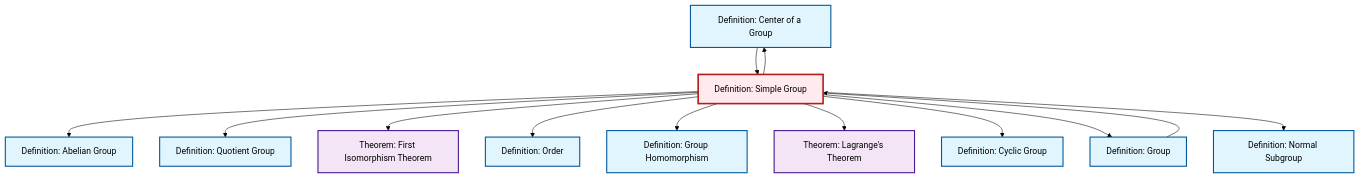
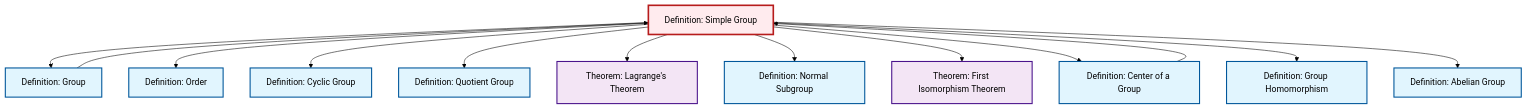
The diagram in content/en/algebra/def-simple-group.qmd (RK0429/ModernMath), drawn with Mermaid (forest theme) before and after one commit. The commit also changed other lines of this file and 1012 other files, not shown here.

````diff
--- a/content/en/algebra/def-simple-group.qmd
+++ b/content/en/algebra/def-simple-group.qmd
@@ -97,43 +97,43 @@
 ```{mermaid}
 %%| fig-cap: "Local dependency graph"
 graph TD
     classDef definition fill:#e1f5fe,stroke:#01579b,stroke-width:2px
     classDef theorem fill:#f3e5f5,stroke:#4a148c,stroke-width:2px
     classDef axiom fill:#fff3e0,stroke:#e65100,stroke-width:2px
     classDef example fill:#e8f5e9,stroke:#1b5e20,stroke-width:2px
     classDef current fill:#ffebee,stroke:#b71c1c,stroke-width:3px
+    def-simple-group["Definition: Simple Group"]:::definition
+    def-cyclic-group["Definition: Cyclic Group"]:::definition
+    def-order["Definition: Order"]:::definition
     thm-lagrange["Theorem: Lagrange's Theorem"]:::theorem
-    def-cyclic-group["Definition: Cyclic Group"]:::definition
+    def-abelian-group["Definition: Abelian Group"]:::definition
     def-normal-subgroup["Definition: Normal Subgroup"]:::definition
-    def-order["Definition: Order"]:::definition
-    thm-first-isomorphism["Theorem: First Isomorphism Theorem"]:::theorem
-    def-quotient-group["Definition: Quotient Group"]:::definition
-    def-abelian-group["Definition: Abelian Group"]:::definition
     def-center-of-group["Definition: Center of a Group"]:::definition
     def-homomorphism["Definition: Group Homomorphism"]:::definition
-    def-simple-group["Definition: Simple Group"]:::definition
+    def-quotient-group["Definition: Quotient Group"]:::definition
+    thm-first-isomorphism["Theorem: First Isomorphism Theorem"]:::theorem
     def-group["Definition: Group"]:::definition
+    def-group --> def-simple-group
+    def-center-of-group --> def-simple-group
+    def-simple-group --> def-group
+    def-simple-group --> def-order
+    def-simple-group --> def-cyclic-group
+    def-simple-group --> def-quotient-group
+    def-simple-group --> thm-lagrange
+    def-simple-group --> def-normal-subgroup
+    def-simple-group --> thm-first-isomorphism
+    def-simple-group --> def-center-of-group
+    def-simple-group --> def-homomorphism
     def-simple-group --> def-abelian-group
-    def-center-of-group --> def-simple-group
-    def-simple-group --> def-quotient-group
-    def-simple-group --> thm-first-isomorphism
-    def-simple-group --> def-order
-    def-simple-group --> def-homomorphism
-    def-simple-group --> thm-lagrange
-    def-group --> def-simple-group
-    def-simple-group --> def-cyclic-group
-    def-simple-group --> def-group
-    def-simple-group --> def-normal-subgroup
-    def-simple-group --> def-center-of-group
     class def-simple-group current
+    click def-cyclic-group "def-cyclic-group.html" "Go to Cyclic Group definition"
+    click def-order "def-order.html" "Go to Order definition"
     click thm-lagrange "thm-lagrange.html" "Go to Lagrange's Theorem theorem"
-    click def-cyclic-group "def-cyclic-group.html" "Go to Cyclic Group definition"
+    click def-abelian-group "def-abelian-group.html" "Go to Abelian Group definition"
     click def-normal-subgroup "def-normal-subgroup.html" "Go to Normal Subgroup definition"
-    click def-order "def-order.html" "Go to Order definition"
-    click thm-first-isomorphism "thm-first-isomorphism.html" "Go to First Isomorphism Theorem theorem"
-    click def-quotient-group "def-quotient-group.html" "Go to Quotient Group definition"
-    click def-abelian-group "def-abelian-group.html" "Go to Abelian Group definition"
     click def-center-of-group "def-center-of-group.html" "Go to Center of a Group definition"
     click def-homomorphism "def-homomorphism.html" "Go to Group Homomorphism definition"
+    click def-quotient-group "def-quotient-group.html" "Go to Quotient Group definition"
+    click thm-first-isomorphism "thm-first-isomorphism.html" "Go to First Isomorphism Theorem theorem"
     click def-group "def-group.html" "Go to Group definition"
 ```
````
